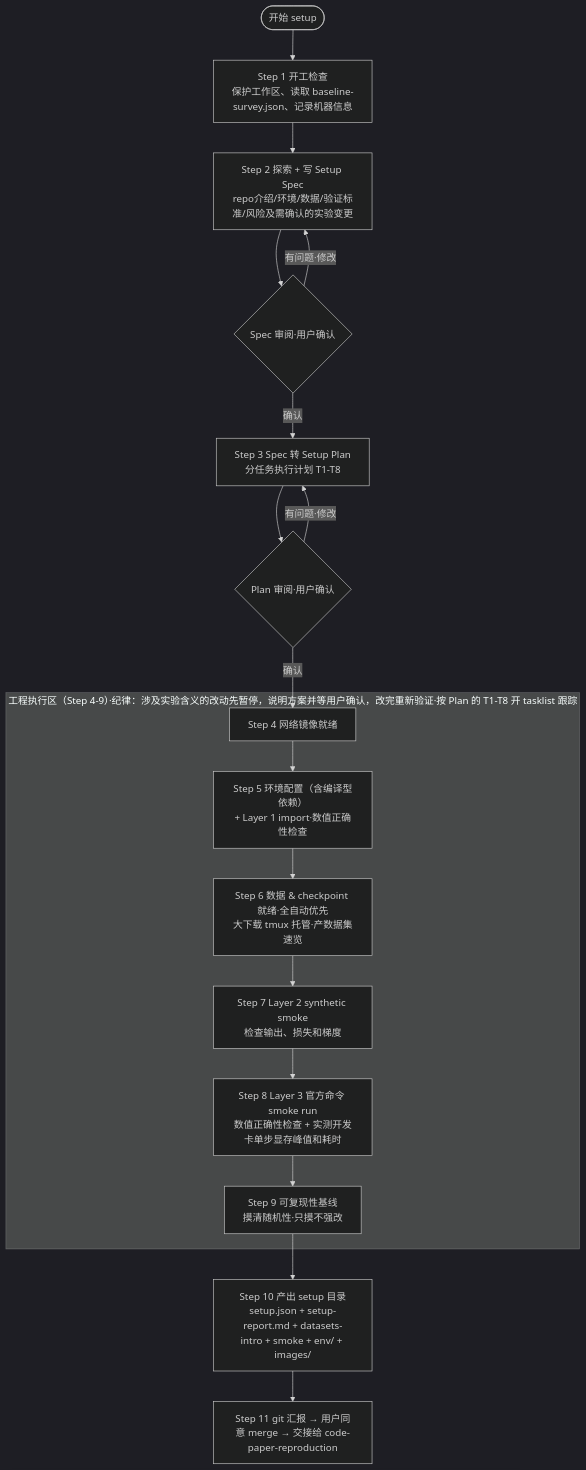
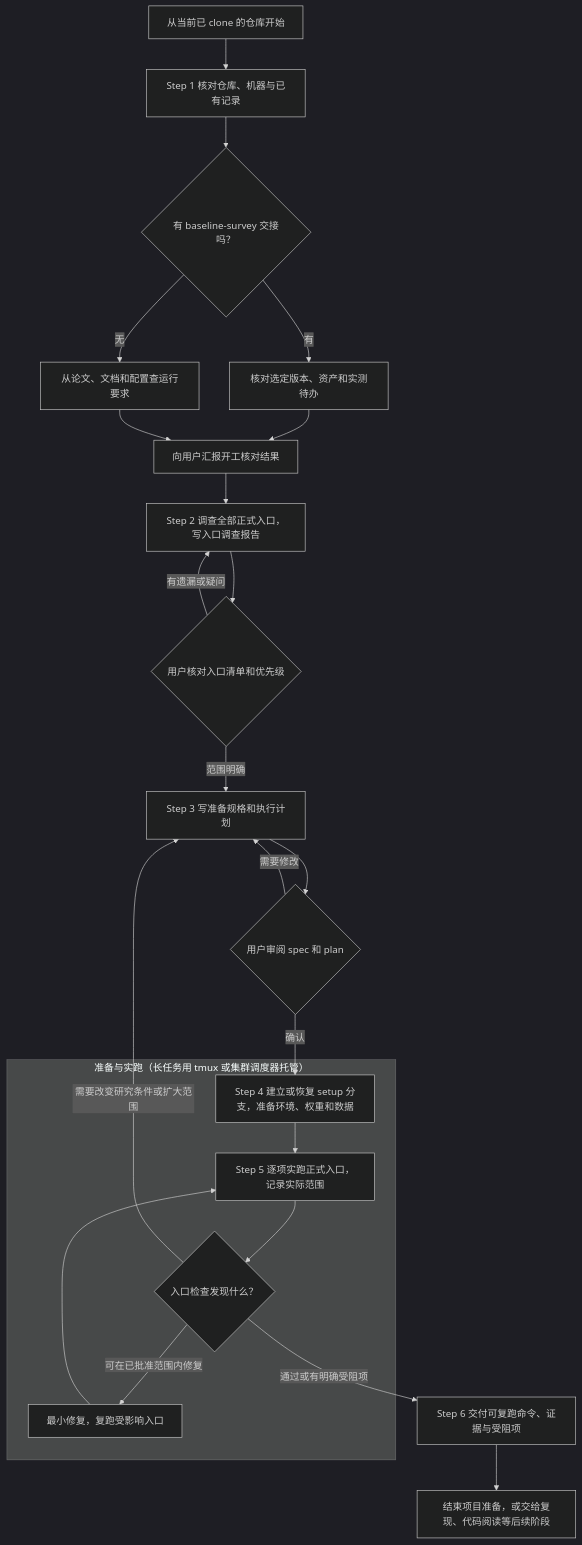
One commit to jackwang0108/dl-assistant changed the second of 2 diagrams in plugins/dl-assistant/skills/code-project-setup/SKILL.md. Above: the diagram before and after it, drawn with Mermaid (dark theme). The commit also changed other lines of this file and 14 other files, not shown here.

````diff
--- a/plugins/dl-assistant/skills/code-project-setup/SKILL.md
+++ b/plugins/dl-assistant/skills/code-project-setup/SKILL.md
@@ -165,22 +40,32 @@
 ```mermaid
 flowchart TD
-    START(["开始 setup"]) --> S1["Step 1 开工检查<br/>保护工作区、读取 baseline-survey.json、记录机器信息"]
-    S1 --> S2["Step 2 探索 + 写 Setup Spec<br/>repo介绍/环境/数据/验证标准/风险及需确认的实验变更"]
-    S2 --> G1{"Spec 审阅·用户确认"}
-    G1 -->|有问题·修改| S2
-    G1 -->|确认| S3["Step 3 Spec 转 Setup Plan<br/>分任务执行计划 T1-T8"]
-    S3 --> G2{"Plan 审阅·用户确认"}
-    G2 -->|有问题·修改| S3
-    G2 -->|确认| S4
+    START["从当前已 clone 的仓库开始"] --> S1["Step 1 核对仓库、机器与已有记录"]
+    S1 --> INPUT{"有 baseline-survey 交接吗？"}
+    INPUT -->|"有"| SURVEY["核对选定版本、资产和实测待办"]
+    INPUT -->|"无"| PAPER["从论文、文档和配置查运行要求"]
+    SURVEY --> BRIEF["向用户汇报开工核对结果"]
+    PAPER --> BRIEF
+    BRIEF --> S2
 
-    subgraph EXEC["工程执行区（Step 4-9）·纪律：涉及实验含义的改动先暂停，说明方案并等用户确认，改完重新验证·按 Plan 的 T1-T8 开 tasklist 跟踪"]
-        S4["Step 4 网络镜像就绪"] --> S5["Step 5 环境配置（含编译型依赖）<br/>+ Layer 1 import·数值正确性检查"]
-        S5 --> S6["Step 6 数据 & checkpoint 就绪·全自动优先<br/>大下载 tmux 托管·产数据集速览"]
-        S6 --> S7["Step 7 Layer 2 synthetic smoke<br/>检查输出、损失和梯度"]
-        S7 --> S8["Step 8 Layer 3 官方命令 smoke run<br/>数值正确性检查 + 实测开发卡单步显存峰值和耗时"]
-        S8 --> S9["Step 9 可复现性基线<br/>摸清随机性·只摸不强改"]
+    S2["Step 2 调查全部正式入口，写入口调查报告"] --> R1{"用户核对入口清单和优先级"}
+    R1 -->|"有遗漏或疑问"| S2
+    R1 -->|"范围明确"| S3["Step 3 写准备规格和执行计划"]
+    S3 --> R2{"用户审阅 spec 和 plan"}
+    R2 -->|"需要修改"| S3
+    R2 -->|"确认"| S4
+
+    subgraph EXEC["准备与实跑（长任务用 tmux 或集群调度器托管）"]
+        S4["Step 4 建立或恢复 setup 分支，准备环境、权重和数据"]
+        S5["Step 5 逐项实跑正式入口，记录实际范围"]
+        CHECK{"入口检查发现什么？"}
+        FIX["最小修复，复跑受影响入口"]
+
+        S4 --> S5 --> CHECK
+        CHECK -->|"可在已批准范围内修复"| FIX
+        FIX --> S5
     end
 
-    S9 --> S10["Step 10 产出 setup 目录<br/>setup.json + setup-report.md + datasets-intro + smoke + env/ + images/"]
-    S10 --> S11["Step 11 git 汇报 → 用户同意 merge → 交接给 code-paper-reproduction"]
+    CHECK -->|"需要改变研究条件或扩大范围"| S3
+    CHECK -->|"通过或有明确受阻项"| S6["Step 6 交付可复跑命令、证据与受阻项"]
+    S6 --> NEXT["结束项目准备，或交给复现、代码阅读等后续阶段"]
 ```
````
